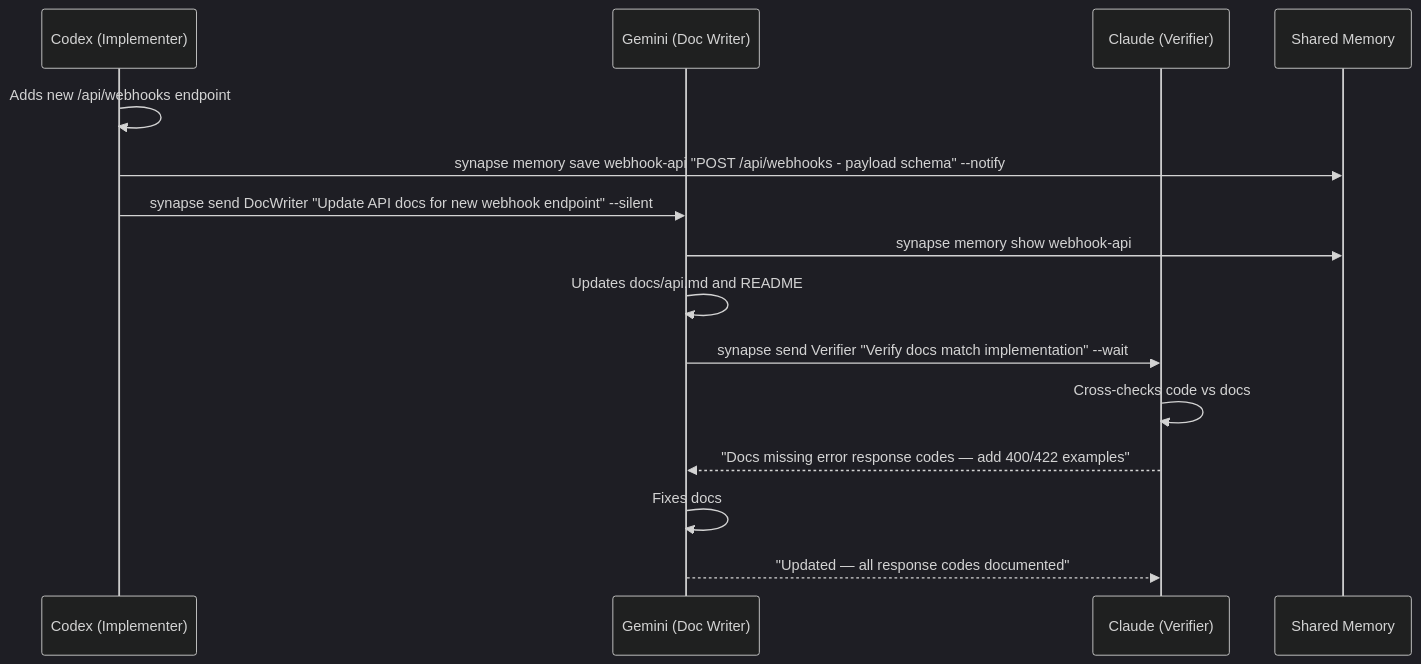
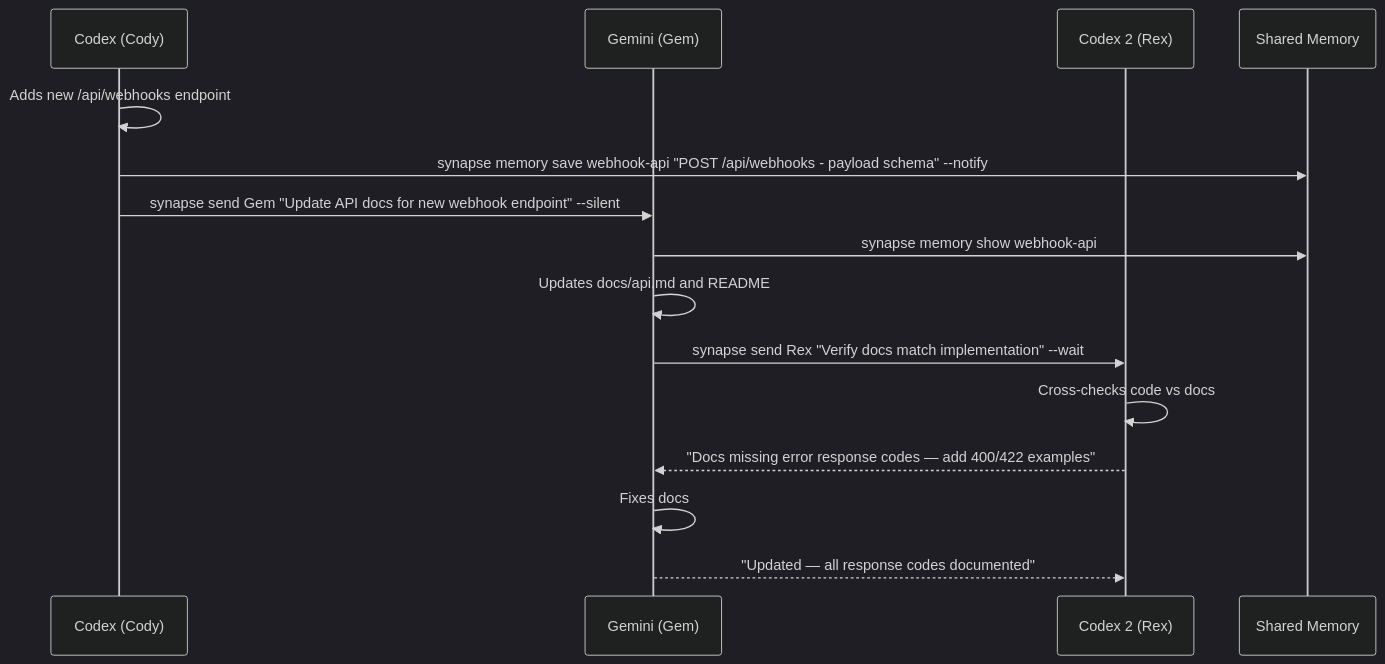
The fifth of 8 diagrams in site-docs/guide/cross-agent-scenarios.md (s-hiraoku/synapse-a2a), drawn with Mermaid (dark theme) before and after one commit. The commit also changed other lines of this file and 32 other files, not shown here.

````diff
--- a/site-docs/guide/cross-agent-scenarios.md
+++ b/site-docs/guide/cross-agent-scenarios.md
@@ -347,18 +347,18 @@
 ```mermaid
 sequenceDiagram
-    participant Codex as Codex (Implementer)
-    participant Gemini as Gemini (Doc Writer)
-    participant Claude as Claude (Verifier)
+    participant Codex as Codex (Cody)
+    participant Gemini as Gemini (Gem)
+    participant Claude as Codex 2 (Rex)
     participant SM as Shared Memory
 
     Codex->>Codex: Adds new /api/webhooks endpoint
     Codex->>SM: synapse memory save webhook-api "POST /api/webhooks - payload schema" --notify
-    Codex->>Gemini: synapse send DocWriter "Update API docs for new webhook endpoint" --silent
+    Codex->>Gemini: synapse send Gem "Update API docs for new webhook endpoint" --silent
     Gemini->>SM: synapse memory show webhook-api
     Gemini->>Gemini: Updates docs/api.md and README
-    Gemini->>Claude: synapse send Verifier "Verify docs match implementation" --wait
+    Gemini->>Claude: synapse send Rex "Verify docs match implementation" --wait
     Claude->>Claude: Cross-checks code vs docs
     Claude-->>Gemini: "Docs missing error response codes — add 400/422 examples"
     Gemini->>Gemini: Fixes docs
     Gemini-->>Claude: "Updated — all response codes documented"
 ```
````
